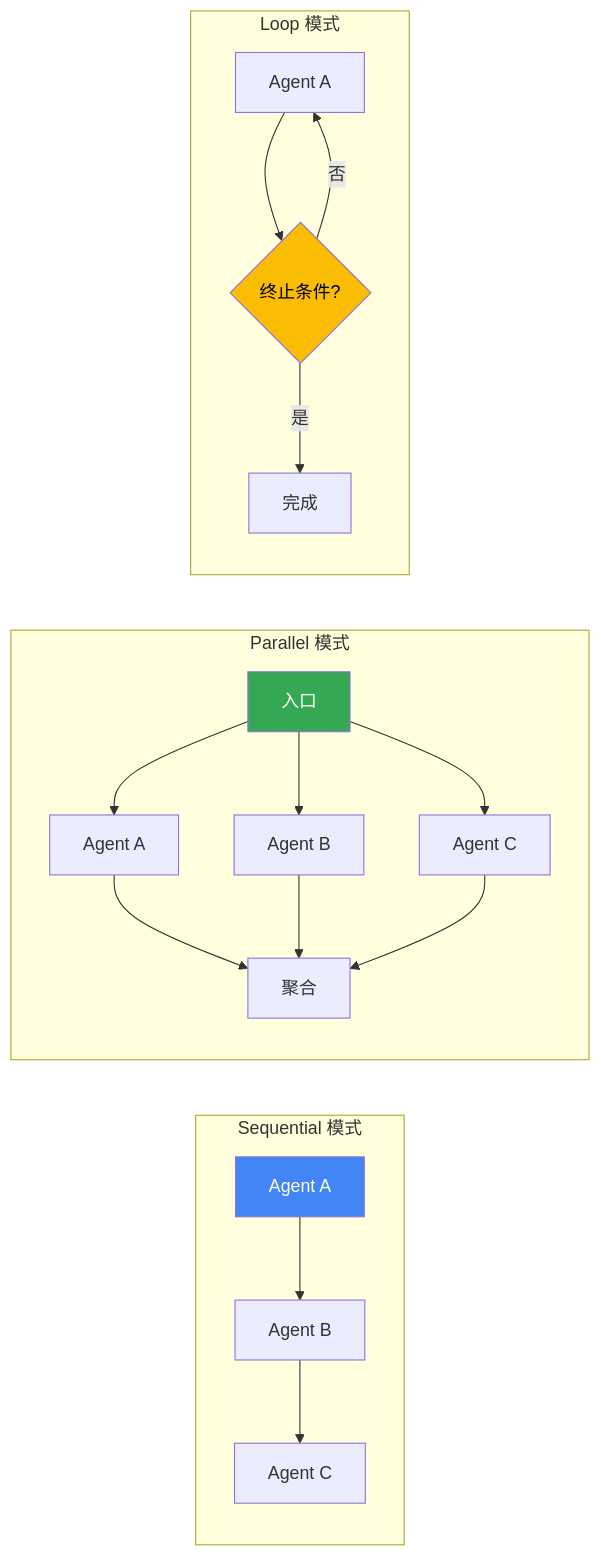
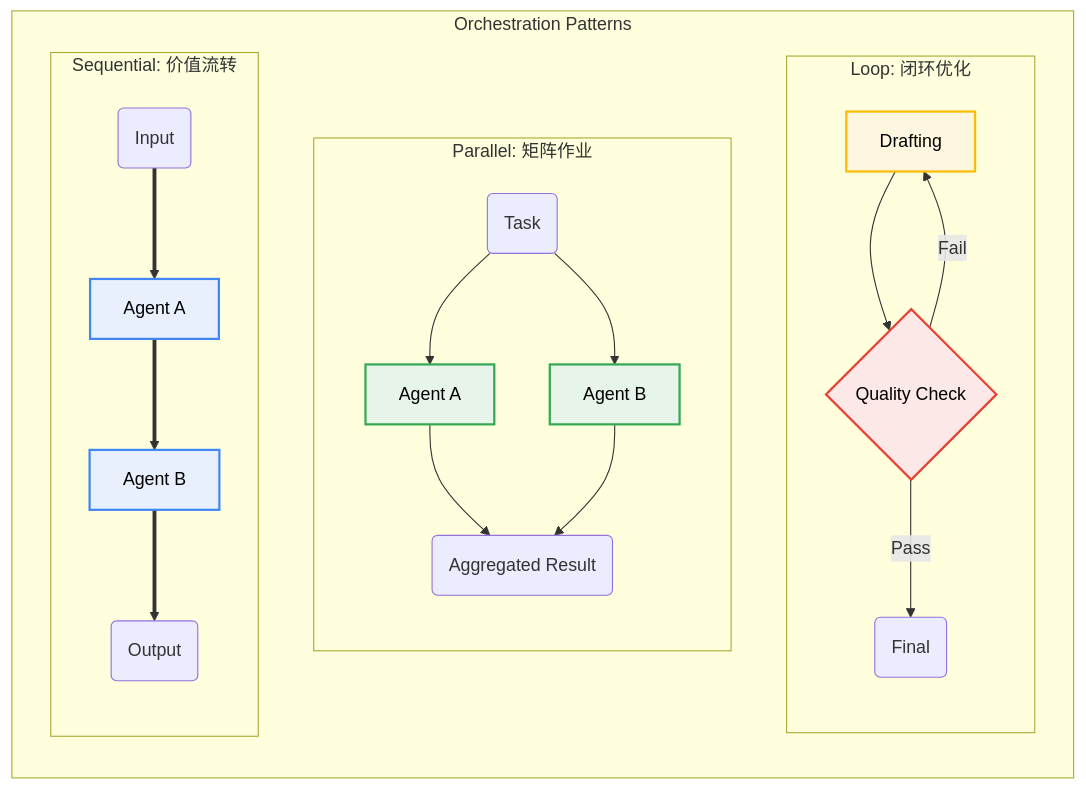
One commit to ThreeFish-AI/agentic-ai-cognizes changed the fourth of 14 diagrams in docs/research/020-agent-frameworks.md. Above: the diagram before and after it, drawn with Mermaid. The commit also changed other lines of this file, not shown here.

First line of the commit message:
docs(Agent Frameworks): 深度重构 Agent Layer 章节的认知表达

````diff
--- a/docs/research/020-agent-frameworks.md
+++ b/docs/research/020-agent-frameworks.md
@@ -198,23 +212,32 @@
 ```mermaid
 graph LR
-    subgraph "Sequential 模式"
-        S1[Agent A] --> S2[Agent B] --> S3[Agent C]
+    subgraph "Orchestration Patterns"
+        direction TB
+
+        subgraph "Loop: 闭环优化"
+            direction TB
+            L1[Drafting] --> L2{Quality Check}
+            L2 -->|Pass| L3(Final)
+            L2 -->|Fail| L1
+            style L1 fill:#fef7e0,stroke:#fbbc04,stroke-width:2px,color:#000
+            style L2 fill:#fce8e6,stroke:#ea4335,shape:diamond,stroke-width:2px,color:#000
+        end
+
+        subgraph "Parallel: 矩阵作业"
+            direction TB
+            P0(Task)
+            P0 --> P1[Agent A]
+            P0 --> P2[Agent B]
+            P1 & P2 --> P3(Aggregated Result)
+            style P1 fill:#e6f4ea,stroke:#34a853,stroke-width:2px,color:#000
+            style P2 fill:#e6f4ea,stroke:#34a853,stroke-width:2px,color:#000
+        end
+
+        subgraph "Sequential: 价值流转"
+            direction TB
+            S1(Input) ==> S2[Agent A] ==> S3[Agent B] ==> S4(Output)
+            style S2 fill:#e8f0fe,stroke:#4285f4,stroke-width:2px,color:#000
+            style S3 fill:#e8f0fe,stroke:#4285f4,stroke-width:2px,color:#000
+        end
     end
-
-    subgraph "Parallel 模式"
-        P0[入口] --> P1[Agent A]
-        P0 --> P2[Agent B]
-        P0 --> P3[Agent C]
-        P1 & P2 & P3 --> P4[聚合]
-    end
-
-    subgraph "Loop 模式"
-        L1[Agent A] --> L2{终止条件?}
-        L2 -->|否| L1
-        L2 -->|是| L3[完成]
-    end
-
-    style S1 fill:#4285f4,color:white
-    style P0 fill:#34a853,color:white
-    style L2 fill:#fbbc04,color:black
 ```
````
